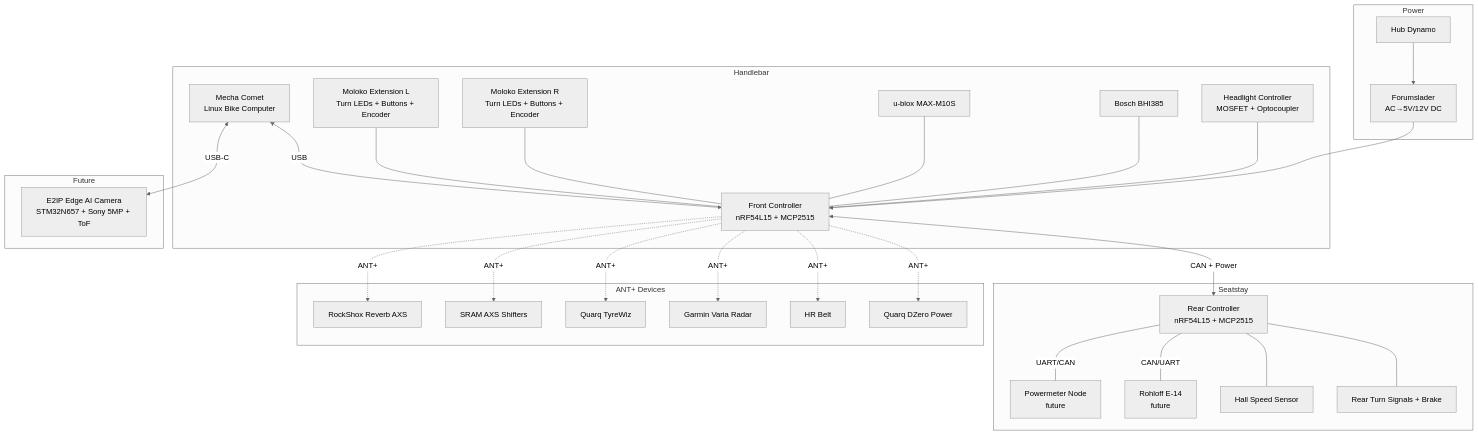
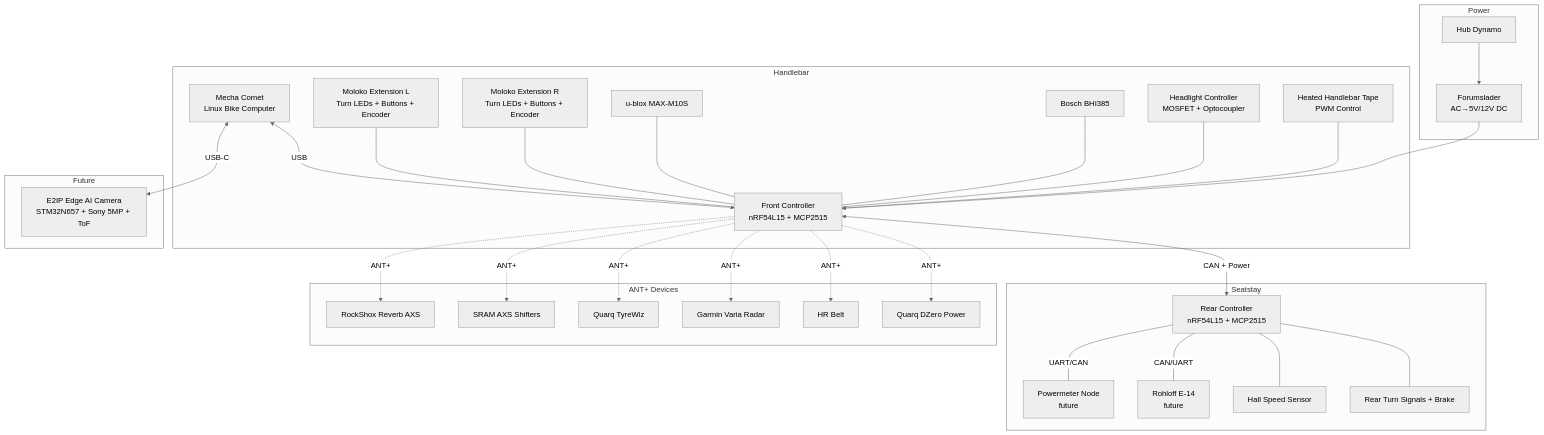
The first of 4 diagrams in README.md (PedalPirat/PedalPirat), drawn with Mermaid (neutral theme) before and after one commit. The commit also changed other lines of this file, not shown here.

Commit message:
feat: add heated handlebar tape (HandleWarmer) to front controller

````diff
--- a/README.md
+++ b/README.md
@@ -20,37 +20,38 @@
 ```mermaid
 graph TD
     subgraph Power
         DYN[Hub Dynamo] --> FL[Forumslader<br/>AC→5V/12V DC]
     end
 
     subgraph Handlebar
         FL --> FRONT[Front Controller<br/>nRF54L15 + MCP2515]
         COMET[Mecha Comet<br/>Linux Bike Computer] <-->|USB| FRONT
         MOLOKO_L[Moloko Extension L<br/>Turn LEDs + Buttons + Encoder] --- FRONT
         MOLOKO_R[Moloko Extension R<br/>Turn LEDs + Buttons + Encoder] --- FRONT
         GPS[u-blox MAX-M10S] --- FRONT
         IMU[Bosch BHI385] --- FRONT
         HEADLIGHT[Headlight Controller<br/>MOSFET + Optocoupler] --- FRONT
+        WARMER[Heated Handlebar Tape<br/>PWM Control] --- FRONT
     end
 
     subgraph Seatstay
         FRONT <-->|CAN + Power| REAR[Rear Controller<br/>nRF54L15 + MCP2515]
         REAR --- REAR_LIGHTS[Rear Turn Signals + Brake]
         REAR --- SPEED[Hall Speed Sensor]
         REAR ---|CAN/UART| ROHLOFF[Rohloff E-14<br/>future]
         REAR ---|UART/CAN| PM[Powermeter Node<br/>future]
     end
 
     subgraph Wireless["ANT+ Devices"]
         FRONT -.->|ANT+| QUARQ[Quarq DZero Power]
         FRONT -.->|ANT+| HR[HR Belt]
         FRONT -.->|ANT+| VARIA[Garmin Varia Radar]
         FRONT -.->|ANT+| TYRE[Quarq TyreWiz]
         FRONT -.->|ANT+| SRAM[SRAM AXS Shifters]
         FRONT -.->|ANT+| REVERB[RockShox Reverb AXS]
     end
 
     subgraph Future
         COMET <-->|USB-C| CAM[E2IP Edge AI Camera<br/>STM32N657 + Sony 5MP + ToF]
     end
 ```
````
